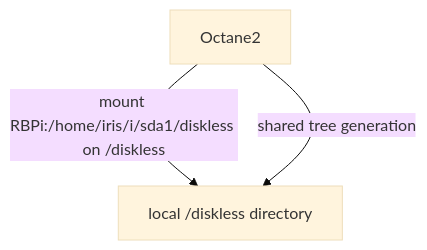
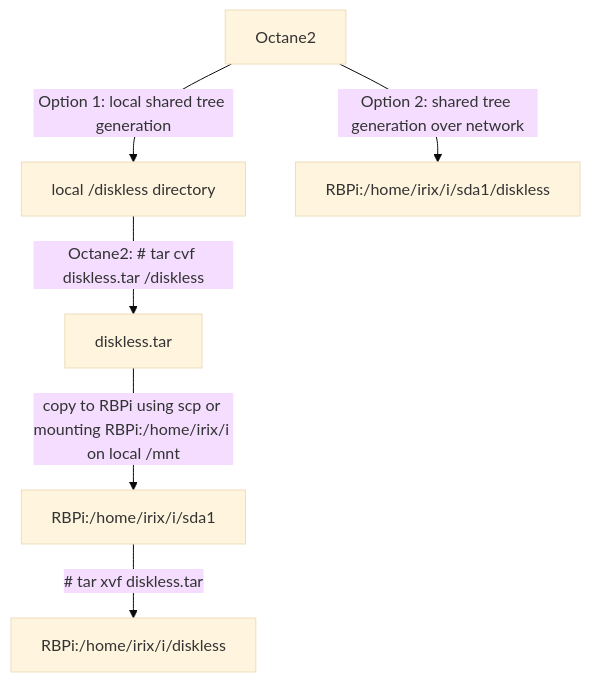
Before and after one commit to Linux-RISC/IRIX-diskless-workstation: the second of 3 diagrams in README.md, drawn with Mermaid (base theme). The commit also changed other lines of this file, not shown here.

````diff
--- a/README.md
+++ b/README.md
@@ -34,5 +34,6 @@
 ```mermaid
 graph TD;
-    Octane2--mount RBPi:/home/iris/i/sda1/diskless on /diskless-->B[local /diskless directory];
-    Octane2--shared tree generation-->B[local /diskless directory];
+    Octane2--Option 1: local shared tree generation-->B[local /diskless directory]--Octane2: # tar cvf diskless.tar /diskless-->diskless.tar;
+    diskless.tar--copy to RBPi using scp or mounting RBPi:/home/irix/i on local /mnt-->RBPi:/home/irix/i/sda1--# tar xvf diskless.tar-->RBPi:/home/irix/i/diskless;
+   Octane2--Option 2: shared tree generation over network-->RBPi:/home/irix/i/sda1/diskless;
 ```
````
